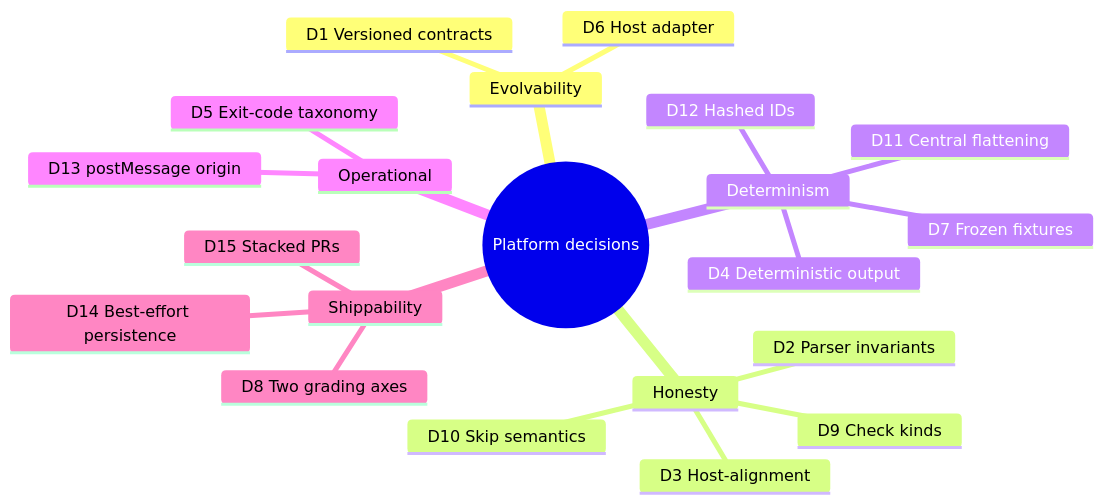
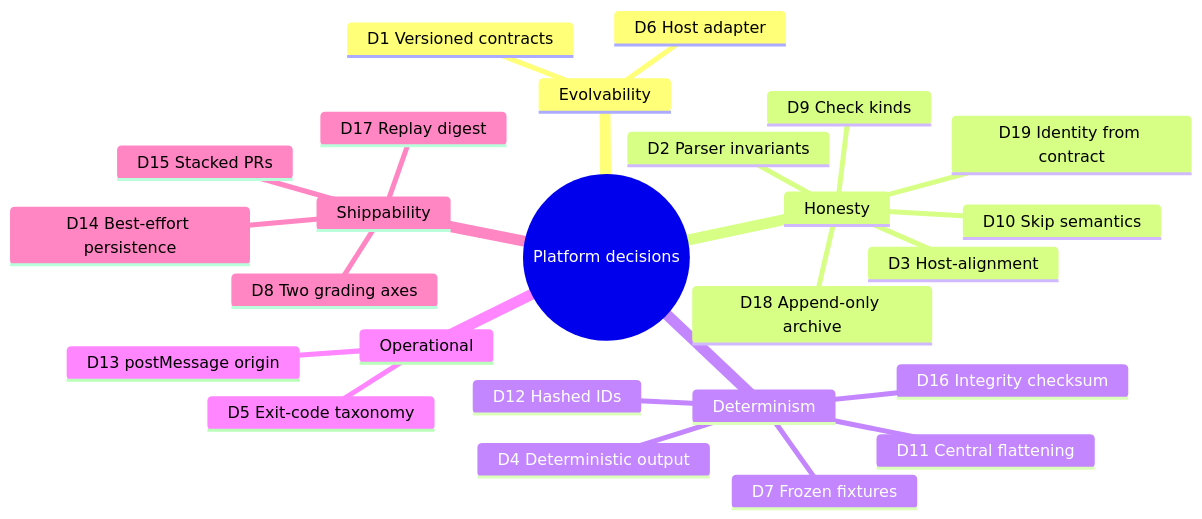
One commit to Newton-School/ns-simulator-docs changed the diagram in docs/question-platform-hardening/05-design-decisions-and-tradeoffs.md. Above: the diagram before and after it, drawn with Mermaid. The commit also changed other lines of this file and 3 other files, not shown here.

````diff
--- a/docs/question-platform-hardening/05-design-decisions-and-tradeoffs.md
+++ b/docs/question-platform-hardening/05-design-decisions-and-tradeoffs.md
@@ -368,24 +452,28 @@
 ```mermaid
 mindmap
   root((Platform decisions))
     Evolvability
       D1 Versioned contracts
       D6 Host adapter
     Honesty
       D2 Parser invariants
       D3 Host-alignment
       D9 Check kinds
       D10 Skip semantics
+      D18 Append-only archive
+      D19 Identity from contract
     Determinism
       D4 Deterministic output
       D7 Frozen fixtures
       D11 Central flattening
       D12 Hashed IDs
+      D16 Integrity checksum
     Operational
       D5 Exit-code taxonomy
       D13 postMessage origin
     Shippability
       D8 Two grading axes
       D14 Best-effort persistence
       D15 Stacked PRs
+      D17 Replay digest
 ```
````
